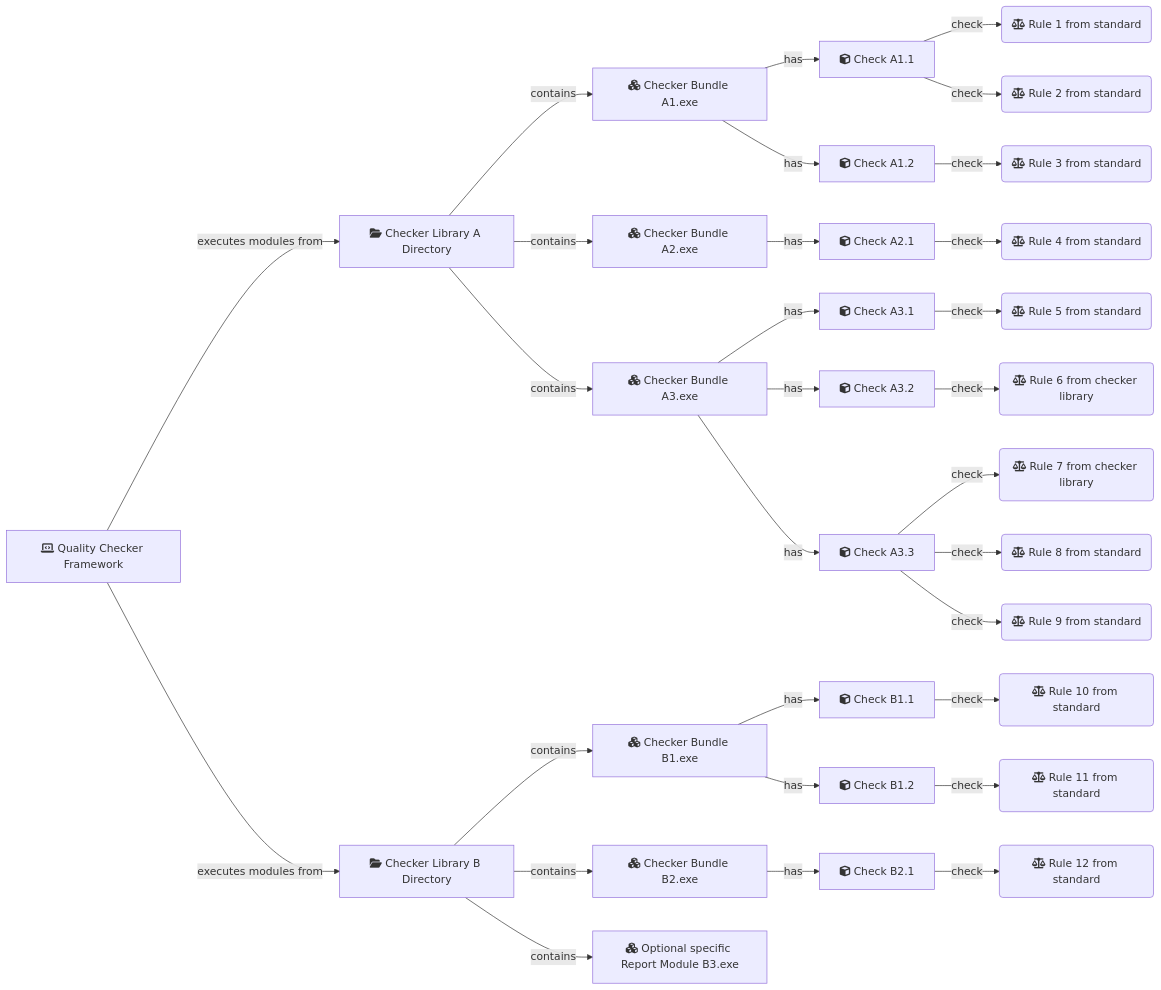
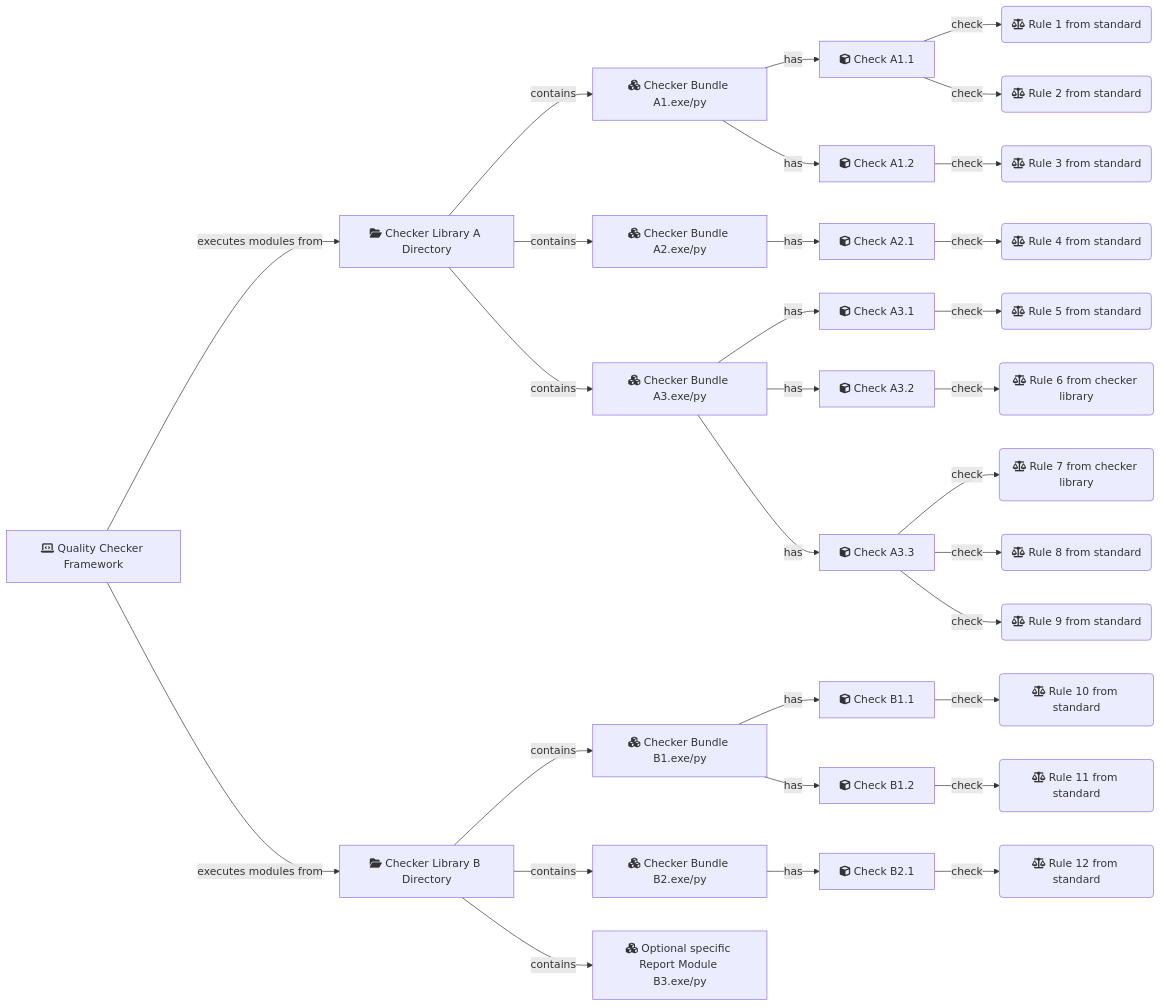
One commit to asam-ev/qc-framework changed the diagram in doc/manual/architecture.md. Above: the diagram before and after it, drawn with Mermaid. The commit also changed other lines of this file and 16 other files, not shown here.

````diff
--- a/doc/manual/architecture.md
+++ b/doc/manual/architecture.md
@@ -64,61 +61,61 @@
 ```mermaid
 flowchart LR
     framework[fa:fa-laptop-code Quality Checker Framework]
     checker_library_1["fa:fa-folder-open Checker Library A Directory"]
     checker_library_2["fa:fa-folder-open Checker Library B Directory"]
 
-    checker_bundle_1_1[fa:fa-cubes Checker Bundle A1.exe]
-    checker_bundle_1_2[fa:fa-cubes Checker Bundle A2.exe]
-    checker_bundle_1_3[fa:fa-cubes Checker Bundle A3.exe]
-    checker_bundle_2_1[fa:fa-cubes Checker Bundle B1.exe]
-    checker_bundle_2_2[fa:fa-cubes Checker Bundle B2.exe]
-    report_module_2_1[fa:fa-cubes Optional specific Report Module B3.exe]
+    checker_bundle_1_1[fa:fa-cubes Checker Bundle A1.exe/py]
+    checker_bundle_1_2[fa:fa-cubes Checker Bundle A2.exe/py]
+    checker_bundle_1_3[fa:fa-cubes Checker Bundle A3.exe/py]
+    checker_bundle_2_1[fa:fa-cubes Checker Bundle B1.exe/py]
+    checker_bundle_2_2[fa:fa-cubes Checker Bundle B2.exe/py]
+    report_module_2_1[fa:fa-cubes Optional specific Report Module B3.exe/py]
 
     check_1_1_1[fa:fa-cube Check A1.1]
     check_1_1_2[fa:fa-cube Check A1.2]
     check_1_2_1[fa:fa-cube Check A2.1]
     check_1_3_1[fa:fa-cube Check A3.1]
     check_1_3_2[fa:fa-cube Check A3.2]
     check_1_3_3[fa:fa-cube Check A3.3]
     check_2_1_1[fa:fa-cube Check B1.1]
     check_2_1_2[fa:fa-cube Check B1.2]
     check_2_2_1[fa:fa-cube Check B2.1]
 
     rule_uid_1(fa:fa-scale-balanced Rule 1 from standard)
     rule_uid_2(fa:fa-scale-balanced Rule 2 from standard)
     rule_uid_3(fa:fa-scale-balanced Rule 3 from standard)
     rule_uid_4(fa:fa-scale-balanced Rule 4 from standard)
     rule_uid_5(fa:fa-scale-balanced Rule 5 from standard)
     rule_uid_6(fa:fa-scale-balanced Rule 6 from checker library)
     rule_uid_7(fa:fa-scale-balanced Rule 7 from checker library)
     rule_uid_8(fa:fa-scale-balanced Rule 8 from standard)
     rule_uid_9(fa:fa-scale-balanced Rule 9 from standard)
     rule_uid_10(fa:fa-scale-balanced Rule 10 from standard)
     rule_uid_11(fa:fa-scale-balanced Rule 11 from standard)
     rule_uid_12(fa:fa-scale-balanced Rule 12 from standard)
 
     framework --executes modules from--> checker_library_1
     framework --executes modules from--> checker_library_2
     
     checker_library_1 --contains --> checker_bundle_1_1
     checker_library_1 --contains --> checker_bundle_1_2
     checker_library_1 --contains --> checker_bundle_1_3
 
     checker_library_2 --contains--> checker_bundle_2_1
     checker_library_2 --contains--> checker_bundle_2_2
     checker_library_2 --contains--> report_module_2_1
     
     checker_bundle_1_1 --has --> check_1_1_1 --check --> rule_uid_1
     check_1_1_1 --check --> rule_uid_2
     checker_bundle_1_1 --has --> check_1_1_2 --check --> rule_uid_3
     checker_bundle_1_2 --has --> check_1_2_1 --check --> rule_uid_4
     checker_bundle_1_3 --has --> check_1_3_1 --check --> rule_uid_5
     checker_bundle_1_3 --has --> check_1_3_2 --check --> rule_uid_6
     checker_bundle_1_3 --has --> check_1_3_3 --check --> rule_uid_7
     check_1_3_3 --check --> rule_uid_8
     check_1_3_3 --check --> rule_uid_9
 
     checker_bundle_2_1 --has --> check_2_1_1 --check --> rule_uid_10
     checker_bundle_2_1 --has --> check_2_1_2 --check --> rule_uid_11
     checker_bundle_2_2 --has --> check_2_2_1 --check --> rule_uid_12
 ```
````
